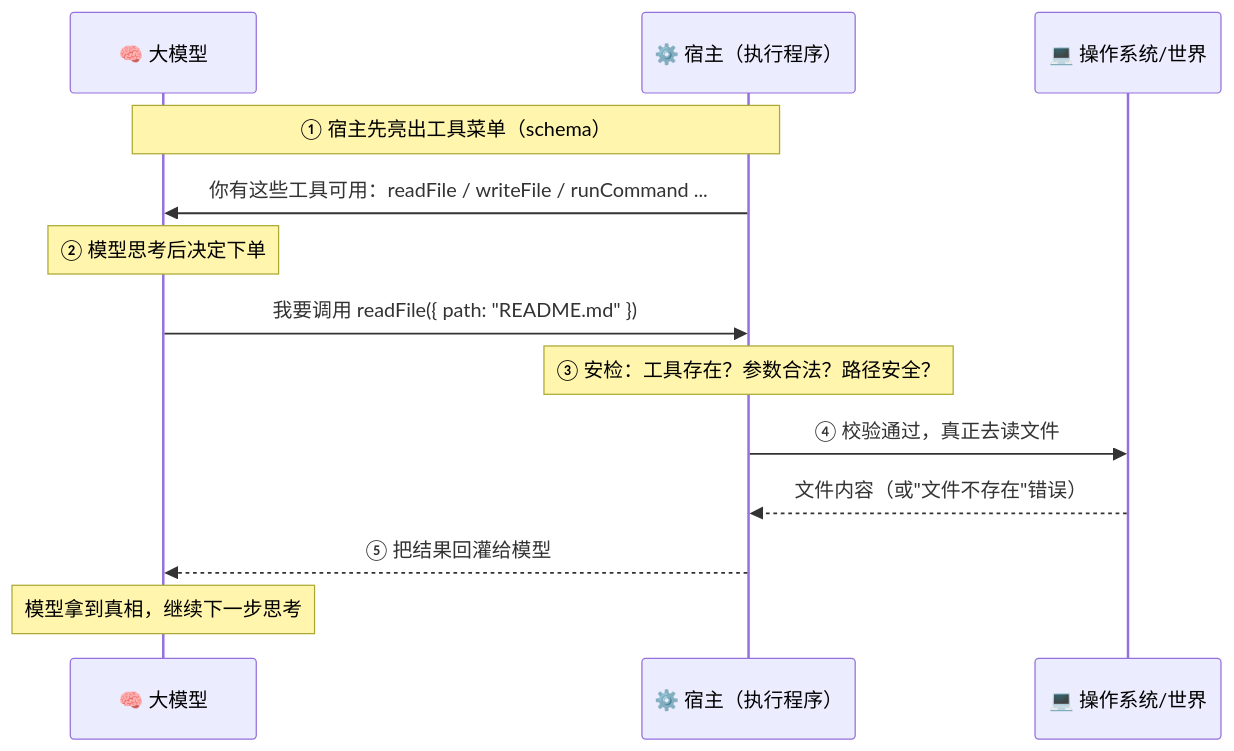
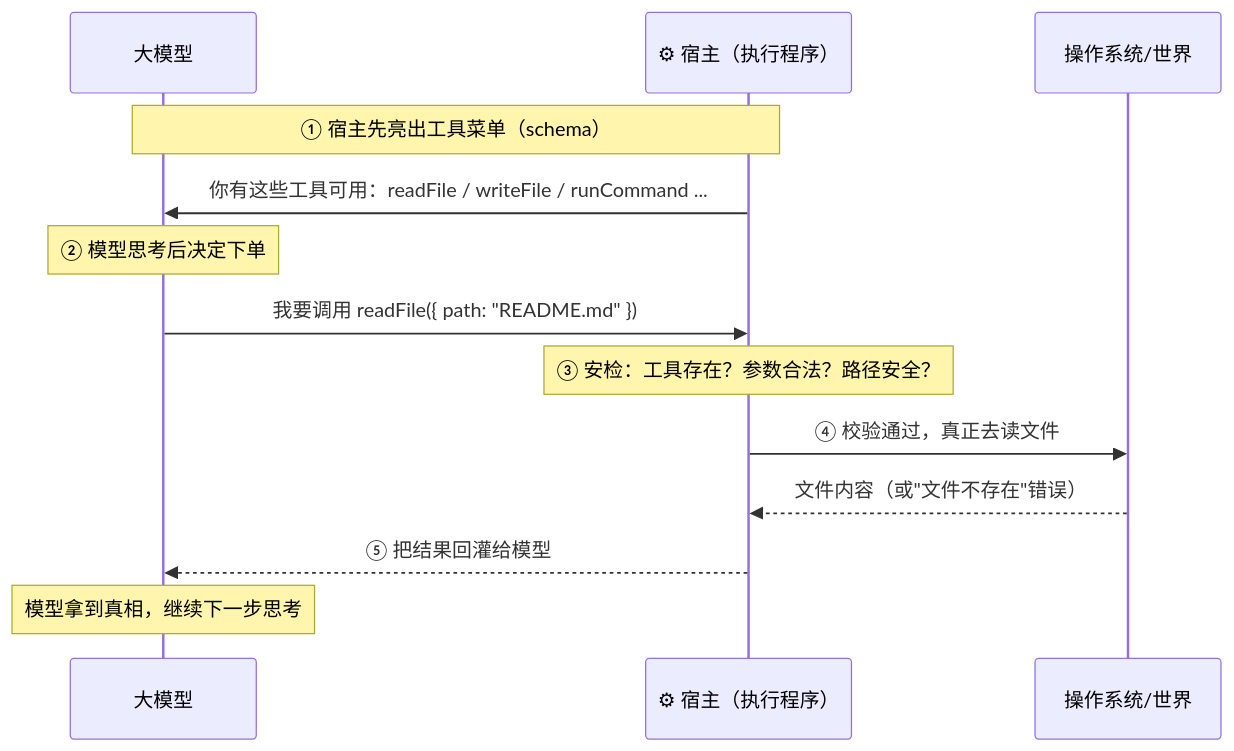
One commit to luckykhy/KhyAiHub changed the second of 7 diagrams in docs/02_CONCEPTS_概念入门/CONCEPT/[CONCEPT-02] 什么是ToolCalling-工具调用.md. Above: the diagram before and after it, drawn with Mermaid. The commit also changed other lines of this file and 19 other files, not shown here.

````diff
--- a/docs/02_CONCEPTS_概念入门/CONCEPT/[CONCEPT-02] 什么是ToolCalling-工具调用.md
+++ b/docs/02_CONCEPTS_概念入门/CONCEPT/[CONCEPT-02] 什么是ToolCalling-工具调用.md
@@ -117,15 +117,15 @@
 ```mermaid
 sequenceDiagram
-  participant LLM as 🧠 大模型
-  participant Host as ⚙️ 宿主（执行程序）
-  participant OS as 💻 操作系统/世界
+  participant LLM as 大模型
+  participant Host as ⚙ 宿主（执行程序）
+  participant OS as 操作系统/世界
   Note over Host,LLM: ① 宿主先亮出工具菜单（schema）
   Host->>LLM: 你有这些工具可用：readFile / writeFile / runCommand ...
   Note over LLM: ② 模型思考后决定下单
   LLM->>Host: 我要调用 readFile({ path: "README.md" })
   Note over Host: ③ 安检：工具存在？参数合法？路径安全？
   Host->>OS: ④ 校验通过，真正去读文件
   OS-->>Host: 文件内容（或"文件不存在"错误）
   Host-->>LLM: ⑤ 把结果回灌给模型
   Note over LLM: 模型拿到真相，继续下一步思考
 ```
````
